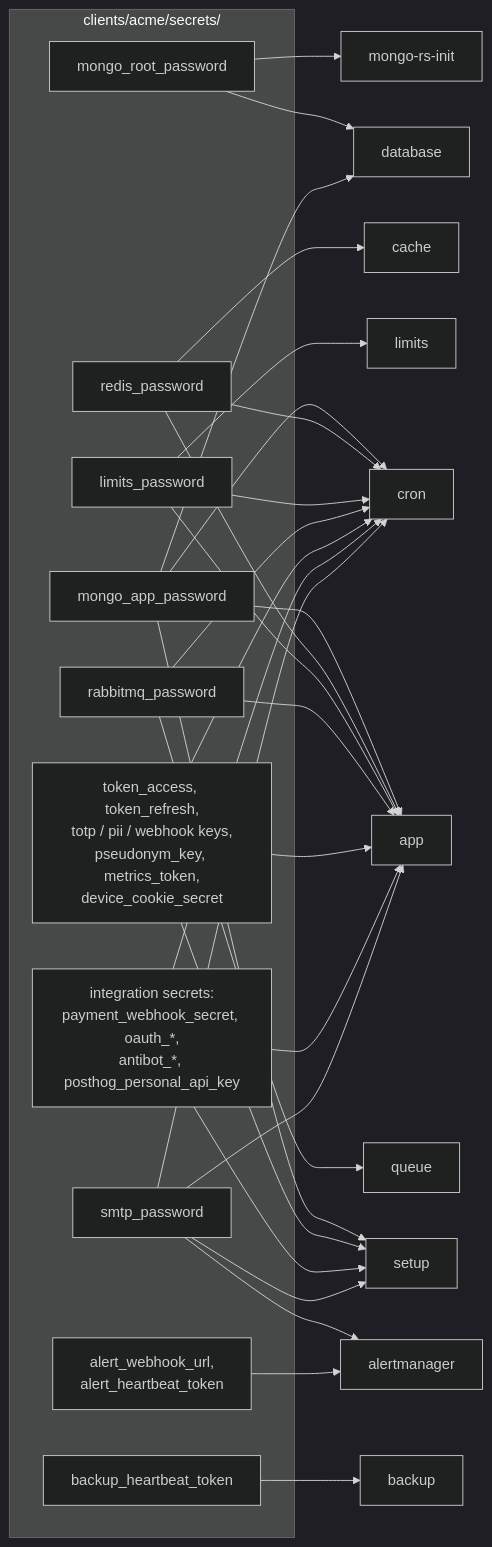
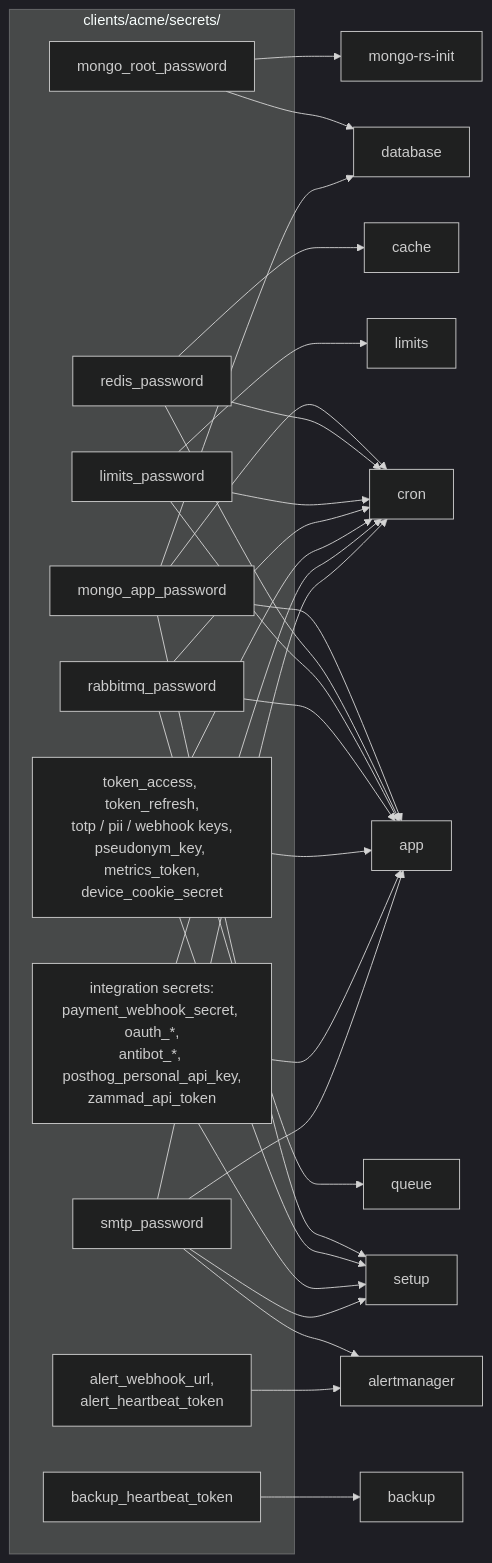
Before and after one commit to Guebbit/boilerplate-node-backend: the second of 2 diagrams in docs/operate/first-deploy.md, drawn with Mermaid (dark theme). The commit also changed other lines of this file and 70 other files, not shown here.

````diff
--- a/docs/operate/first-deploy.md
+++ b/docs/operate/first-deploy.md
@@ -79,42 +79,42 @@
 ```mermaid
 flowchart LR
     subgraph files["clients/acme/secrets/"]
         root["mongo_root_password"]
         appdb["mongo_app_password"]
         redis["redis_password"]
         limits_file["limits_password"]
         rabbit["rabbitmq_password"]
         keys["token_access, token_refresh,<br/>totp / pii / webhook keys,<br/>pseudonym_key, metrics_token,<br/>device_cookie_secret"]
-        integrations["integration secrets:<br/>payment_webhook_secret, oauth_*,<br/>antibot_*, posthog_personal_api_key"]
+        integrations["integration secrets:<br/>payment_webhook_secret, oauth_*,<br/>antibot_*, posthog_personal_api_key,<br/>zammad_api_token"]
         smtp["smtp_password"]
         alerts["alert_webhook_url,<br/>alert_heartbeat_token"]
         beat["backup_heartbeat_token"]
     end
     root --> database
     root --> rsinit["mongo-rs-init"]
     appdb --> database
     appdb --> app
     appdb --> cron
     appdb --> setup
     redis --> cache
     redis --> app
     redis --> cron
     limits_file --> limits
     limits_file --> app
     limits_file --> cron
     rabbit --> queue
     rabbit --> app
     rabbit --> cron
     keys --> app
     keys --> cron
     keys --> setup
     integrations --> app
     integrations --> cron
     integrations --> setup
     smtp --> app
     smtp --> cron
     smtp --> setup
     smtp --> alertmanager
     alerts --> alertmanager
     beat --> backup
 ```
````
